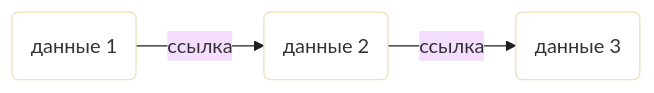
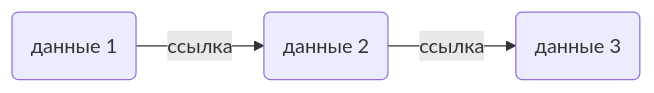
The diagram in README.md (hamster-i/list), drawn with Mermaid before and after one commit.

````diff
--- a/README.md
+++ b/README.md
@@ -8,6 +8,5 @@
    ```mermaid
-   %%{init: { 'theme': 'base', 'themeVariables': { 'background': '#e0e0e0', 'mainBkg': '#ffffff' }}}%%
    graph LR;
     A(данные 1)--ссылка-->B(данные 2)--ссылка-->C(данные 3);
 	
    ```
````
